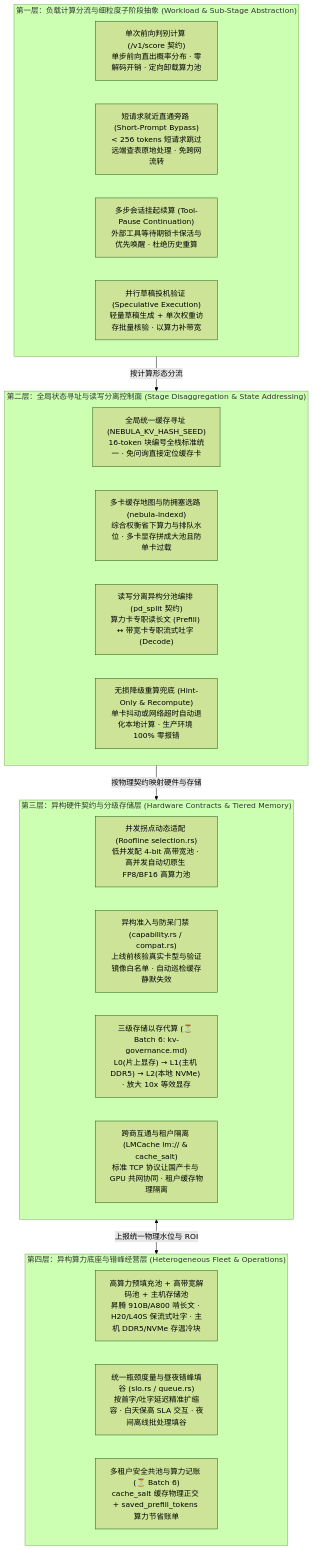
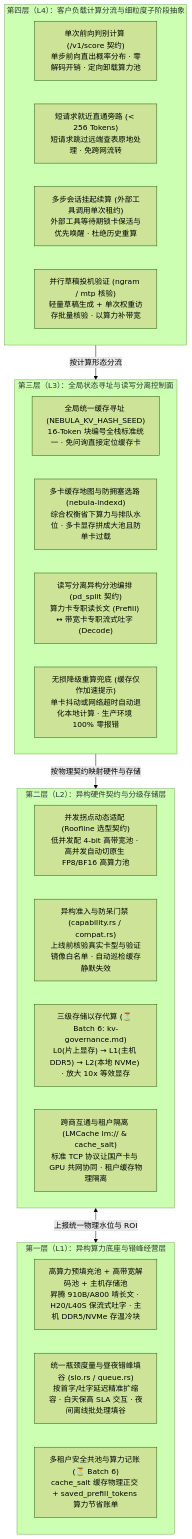
One commit to EeroEternal/nebula changed the diagram in docs/dev/heterogeneous-compute.md. Above: the diagram before and after it, drawn with Mermaid (forest theme). The commit also changed other lines of this file and 1 other file, not shown here.

````diff
--- a/docs/dev/heterogeneous-compute.md
+++ b/docs/dev/heterogeneous-compute.md
@@ -39,33 +39,33 @@
 ```mermaid
 flowchart TB
-    subgraph L4_Workload["第一层：负载计算分流与细粒度子阶段抽象 (Workload & Sub-Stage Abstraction)"]
+    subgraph L4_Workload["第四层（L4）：客户负载计算分流与细粒度子阶段抽象"]
         W1["单次前向判别计算 (/v1/score 契约)<br/>单步前向直出概率分布 · 零解码开销 · 定向卸载算力池"]
-        W2["短请求就近直通旁路 (Short-Prompt Bypass)<br/>&lt; 256 tokens 短请求跳过远端查表原地处理 · 免跨网流转"]
-        W3["多步会话挂起续算 (Tool-Pause Continuation)<br/>外部工具等待期锁卡保活与优先唤醒 · 杜绝历史重算"]
-        W4["并行草稿投机验证 (Speculative Execution)<br/>轻量草稿生成 + 单次权重访存批量核验 · 以算力补带宽"]
+        W2["短请求就近直通旁路 (&lt; 256 Tokens)<br/>短请求跳过远端查表原地处理 · 免跨网流转"]
+        W3["多步会话挂起续算 (外部工具调用单次租约)<br/>外部工具等待期锁卡保活与优先唤醒 · 杜绝历史重算"]
+        W4["并行草稿投机验证 (ngram / mtp 核验)<br/>轻量草稿生成 + 单次权重访存批量核验 · 以算力补带宽"]
     end
 
-    subgraph L3_StageState["第二层：全局状态寻址与读写分离控制面 (Stage Disaggregation & State Addressing)"]
-        S1["全局统一缓存寻址 (NEBULA_KV_HASH_SEED)<br/>16-token 块编号全栈标准统一 · 免问询直接定位缓存卡"]
+    subgraph L3_StageState["第三层（L3）：全局状态寻址与读写分离控制面"]
+        S1["全局统一缓存寻址 (NEBULA_KV_HASH_SEED)<br/>16-Token 块编号全栈标准统一 · 免问询直接定位缓存卡"]
         S2["多卡缓存地图与防拥塞选路 (nebula-indexd)<br/>综合权衡省下算力与排队水位 · 多卡显存拼成大池且防单卡过载"]
         S3["读写分离异构分池编排 (pd_split 契约)<br/>算力卡专职读长文 (Prefill) ↔ 带宽卡专职流式吐字 (Decode)"]
-        S4["无损降级重算兜底 (Hint-Only & Recompute)<br/>单卡抖动或网络超时自动退化本地计算 · 生产环境 100% 零报错"]
+        S4["无损降级重算兜底 (缓存仅作加速提示)<br/>单卡抖动或网络超时自动退化本地计算 · 生产环境 100% 零报错"]
     end
 
-    subgraph L2_HardwareContract["第三层：异构硬件契约与分级存储层 (Hardware Contracts & Tiered Memory)"]
-        H1["并发拐点动态适配 (Roofline selection.rs)<br/>低并发配 4-bit 高带宽池 · 高并发自动切原生 FP8/BF16 高算力池"]
+    subgraph L2_HardwareContract["第二层（L2）：异构硬件契约与分级存储层"]
+        H1["并发拐点动态适配 (Roofline 选型契约)<br/>低并发配 4-bit 高带宽池 · 高并发自动切原生 FP8/BF16 高算力池"]
         H2["异构准入与防呆门禁 (capability.rs / compat.rs)<br/>上线前核验真实卡型与验证镜像白名单 · 自动巡检缓存静默失效"]
         H3["三级存储以存代算 (⏳ Batch 6: kv-governance.md)<br/>L0(片上显存) → L1(主机 DDR5) → L2(本地 NVMe) · 放大 10x 等效显存"]
         H4["跨商互通与租户隔离 (LMCache lm:// & cache_salt)<br/>标准 TCP 协议让国产卡与 GPU 共网协同 · 租户缓存物理隔离"]
     end
 
-    subgraph L1_FeedbackOps["第四层：异构算力底座与错峰经营层 (Heterogeneous Fleet & Operations)"]
+    subgraph L1_FeedbackOps["第一层（L1）：异构算力底座与错峰经营层"]
         O1["高算力预填充池 + 高带宽解码池 + 主机存储池<br/>昇腾 910B/A800 啃长文 · H20/L40S 保流式吐字 · 主机 DDR5/NVMe 存温冷块"]
         O2["统一瓶颈度量与昼夜错峰填谷 (slo.rs / queue.rs)<br/>按首字/吐字延迟精准扩缩容 · 白天保高 SLA 交互 · 夜间离线批处理填谷"]
         O3["多租户安全共池与算力记账 (⏳ Batch 6)<br/>cache_salt 缓存物理正交 + saved_prefill_tokens 算力节省账单"]
     end
 
     L4_Workload -->|"按计算形态分流"| L3_StageState
     L3_StageState -->|"按物理契约映射硬件与存储"| L2_HardwareContract
     L2_HardwareContract <-->|"上报统一物理水位与 ROI"| L1_FeedbackOps
 ```
````
